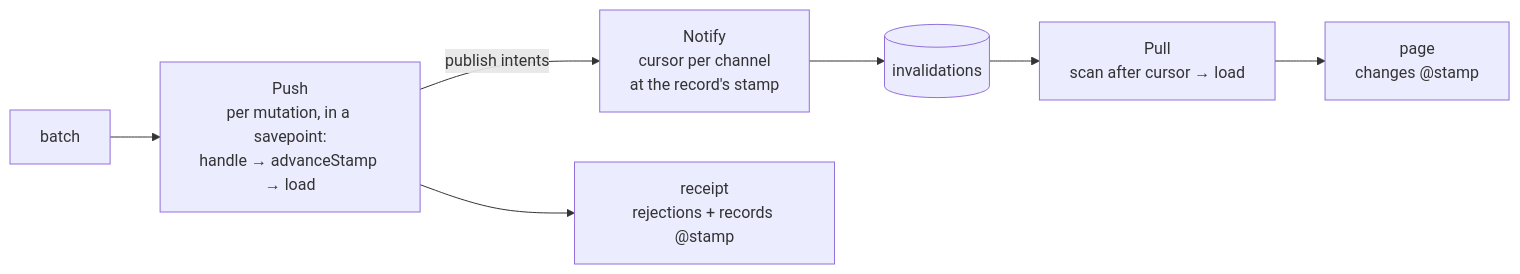
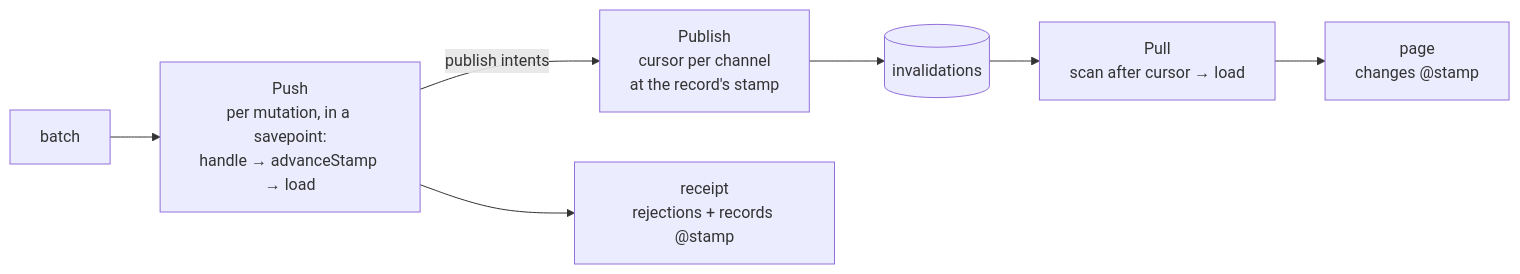
The diagram in docs/engineering/architecture/server/engine/README.md (zanminwang/ahead), drawn with Mermaid before and after one commit. The commit also changed other lines of this file and 9 other files, not shown here.

First line of the commit message:
Docs: the server engine part is Publish, not Notify

````diff
--- a/docs/engineering/architecture/server/engine/README.md
+++ b/docs/engineering/architecture/server/engine/README.md
@@ -11,9 +11,9 @@
 ```mermaid
 flowchart LR
     B["batch"] --> H["Push<br/>per mutation, in a savepoint:<br/>handle → advanceStamp → load"]
-    H -- "publish intents" --> N["Notify<br/>cursor per channel<br/>at the record's stamp"]
+    H -- "publish intents" --> N["Publish<br/>cursor per channel<br/>at the record's stamp"]
     H --> R["receipt<br/>rejections + records @stamp"]
     N --> I[("invalidations")]
     I --> L["Pull<br/>scan after cursor → load"]
     L --> PG["page<br/>changes @stamp"]
 ```
````
